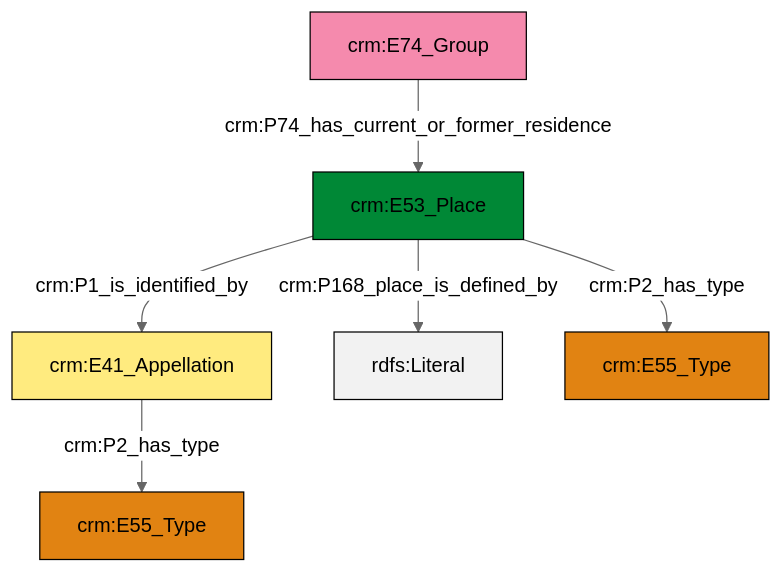
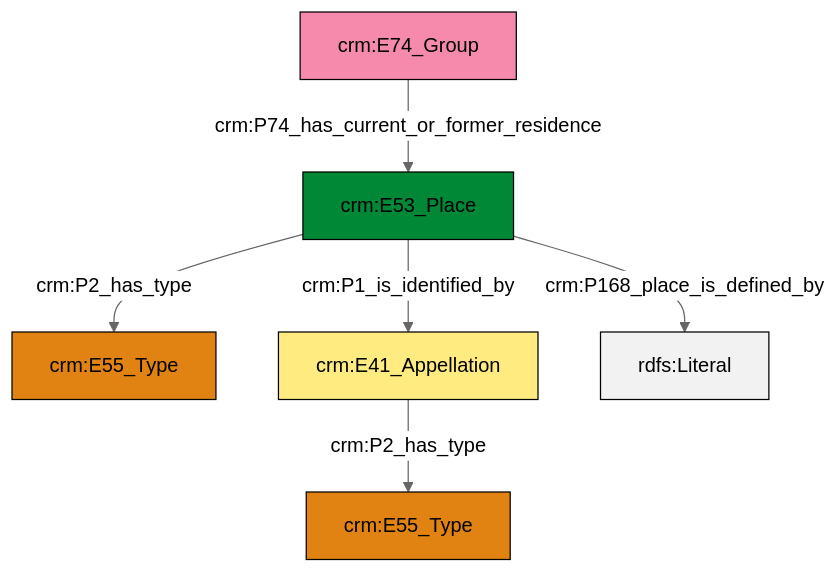
The diagram in et/groupCSV/ttl/mmd/group_location.ttl.mmd (swiss-art-research-net/reference-data-models), drawn with Mermaid (neutral theme) before and after one commit. The commit also changed 122 other files, not shown here.

```diff
--- a/et/groupCSV/ttl/mmd/group_location.ttl.mmd
+++ b/et/groupCSV/ttl/mmd/group_location.ttl.mmd
@@ -1,20 +1,20 @@
 graph TD
 classDef Literal fill:#f2f2f2,stroke:#000000;
 classDef CRM_Entity fill:#FFFFFF,stroke:#000000;
 classDef Temporal_Entity fill:#00C9E6, stroke:#000000;
 classDef Type fill:#E18312, stroke:#000000;
 classDef Time-Span fill:#2C9C91, stroke:#000000;
 classDef Appellation fill:#FFEB7F, stroke:#000000;
 classDef Place fill:#008836, stroke:#000000;
 classDef Persistent_Item fill:#B266B2, stroke:#000000;
 classDef Conceptual_Object fill:#FFD700, stroke:#000000;
 classDef Physical_Thing fill:#D2B48C, stroke:#000000;
 classDef Actor fill:#f58aad, stroke:#000000;
 classDef PC_Classes fill:#4ce600, stroke:#000000;
 classDef Multi fill:#cccccc,stroke:#000000;
 
-2["crm:E74_Group"]:::Actor -->|crm:P74_has_current_or_former_residence| 0["crm:E53_Place"]:::Place
-3["crm:E41_Appellation"]:::Appellation -->|crm:P2_has_type| 5["crm:E55_Type"]:::Type
-0["crm:E53_Place"]:::Place -->|crm:P168_place_is_defined_by| 6[rdfs:Literal]:::Literal
-0["crm:E53_Place"]:::Place -->|crm:P1_is_identified_by| 3["crm:E41_Appellation"]:::Appellation
-0["crm:E53_Place"]:::Place -->|crm:P2_has_type| 8["crm:E55_Type"]:::Type
+2["crm:E53_Place"]:::Place -->|crm:P2_has_type| 3["crm:E55_Type"]:::Type
+4["crm:E74_Group"]:::Actor -->|crm:P74_has_current_or_former_residence| 2["crm:E53_Place"]:::Place
+7["crm:E41_Appellation"]:::Appellation -->|crm:P2_has_type| 0["crm:E55_Type"]:::Type
+2["crm:E53_Place"]:::Place -->|crm:P168_place_is_defined_by| 11[rdfs:Literal]:::Literal
+2["crm:E53_Place"]:::Place -->|crm:P1_is_identified_by| 7["crm:E41_Appellation"]:::Appellation
```
